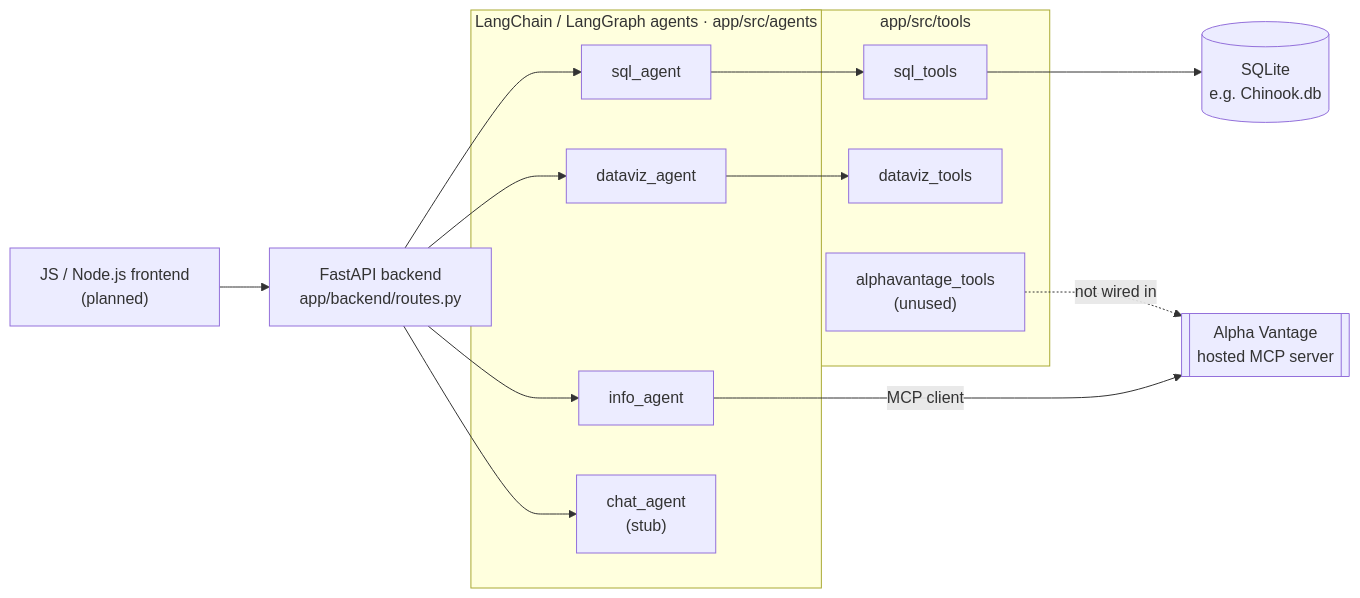
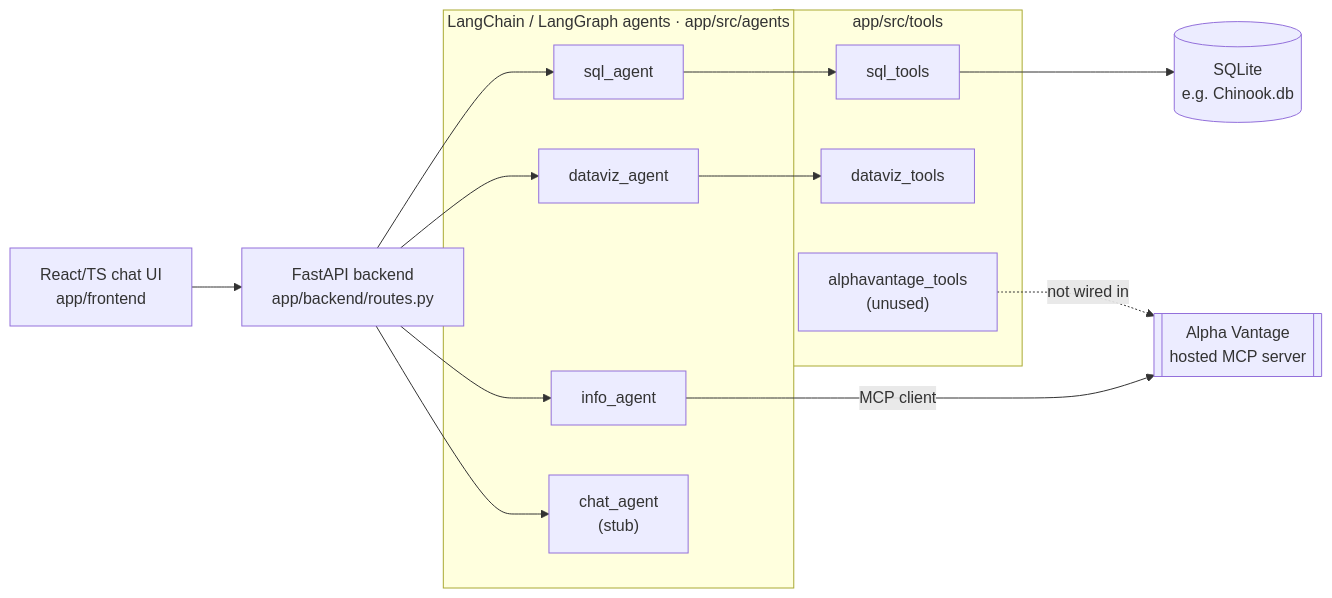
Before and after one commit to alexandre-do/mcp-agentic-financial-analyst: the diagram in README.md, drawn with Mermaid. The commit also changed other lines of this file and 1 other file, not shown here.

````diff
--- a/README.md
+++ b/README.md
@@ -41,29 +42,29 @@
 ```mermaid
 flowchart LR
-    FE["JS / Node.js frontend<br/>(planned)"]
+    FE["React/TS chat UI<br/>app/frontend"]
     API["FastAPI backend<br/>app/backend/routes.py"]
 
     subgraph Agents["LangChain / LangGraph agents · app/src/agents"]
         SQL["sql_agent"]
         INFO["info_agent"]
         VIZ["dataviz_agent"]
         CHAT["chat_agent<br/>(stub)"]
     end
 
     subgraph Tools["app/src/tools"]
         SQLT["sql_tools"]
         VIZT["dataviz_tools"]
         AVT["alphavantage_tools<br/>(unused)"]
     end
 
     DB[("SQLite<br/>e.g. Chinook.db")]
     AVMCP[["Alpha Vantage<br/>hosted MCP server"]]
 
     FE --> API
     API --> SQL & INFO & VIZ & CHAT
 
     SQL --> SQLT --> DB
     VIZ --> VIZT
     INFO -- MCP client --> AVMCP
     AVT -. not wired in .-> AVMCP
 ```
````
